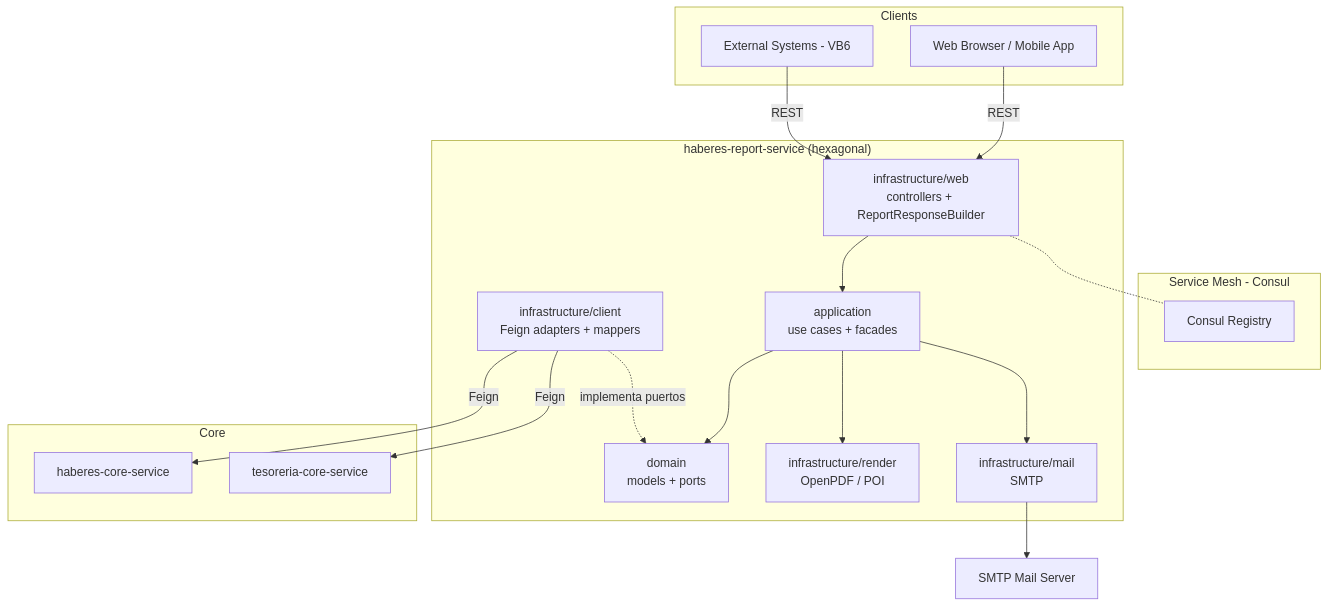
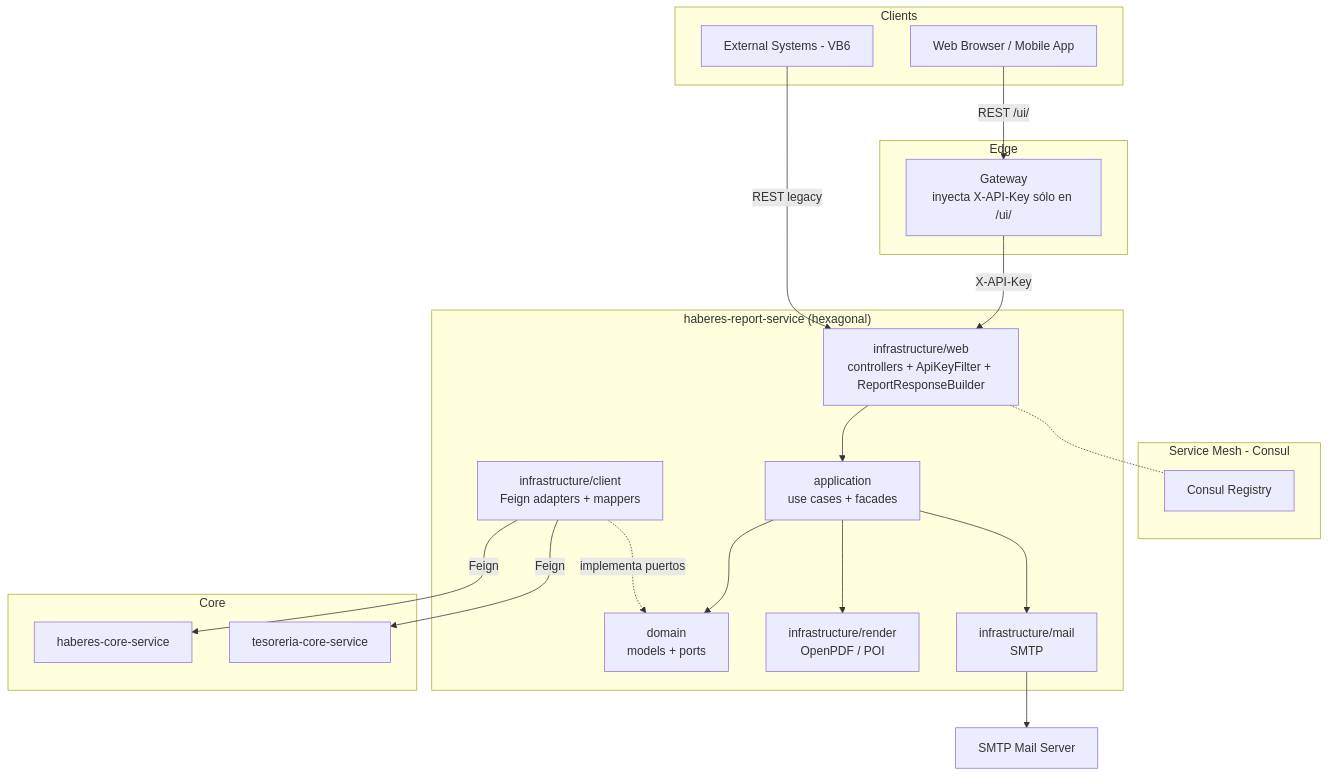
The diagram in docs/diagrams/arquitectura-general.mmd (UM-services/UM.haberes.report-service), drawn with Mermaid before and after one commit. The commit also changed 415 other files, not shown here.

```diff
--- a/docs/diagrams/arquitectura-general.mmd
+++ b/docs/diagrams/arquitectura-general.mmd
@@ -1,37 +1,42 @@
 graph TD
     subgraph "Clients"
         A[Web Browser / Mobile App]
         B[External Systems - VB6]
+    end
+
+    subgraph "Edge"
+        GW[Gateway<br/>inyecta X-API-Key sólo en /ui/]
     end
 
     subgraph "Service Mesh - Consul"
         C[Consul Registry]
     end
 
     subgraph "haberes-report-service (hexagonal)"
-        WEB[infrastructure/web<br/>controllers + ReportResponseBuilder]
+        WEB[infrastructure/web<br/>controllers + ApiKeyFilter + ReportResponseBuilder]
         APP[application<br/>use cases + facades]
         DOM[domain<br/>models + ports]
         ACL[infrastructure/client<br/>Feign adapters + mappers]
         REN[infrastructure/render<br/>OpenPDF / POI]
         MAIL[infrastructure/mail<br/>SMTP]
     end
 
     subgraph "Core"
         F[haberes-core-service]
         T[tesoreria-core-service]
     end
 
     J[SMTP Mail Server]
 
-    A -->|REST| WEB
-    B -->|REST| WEB
+    A -->|REST /ui/| GW
+    GW -->|X-API-Key| WEB
+    B -->|REST legacy| WEB
     WEB --> APP
     APP --> DOM
     APP --> REN
     APP --> MAIL
     ACL -.implementa puertos.-> DOM
     ACL -->|Feign| F
     ACL -->|Feign| T
     MAIL --> J
     WEB -.- C
```
